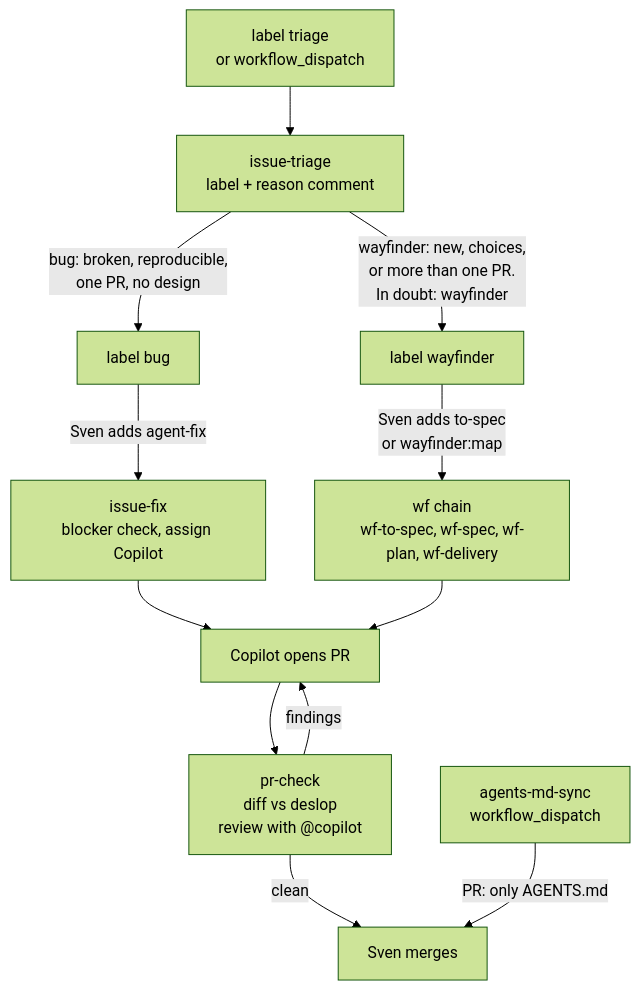
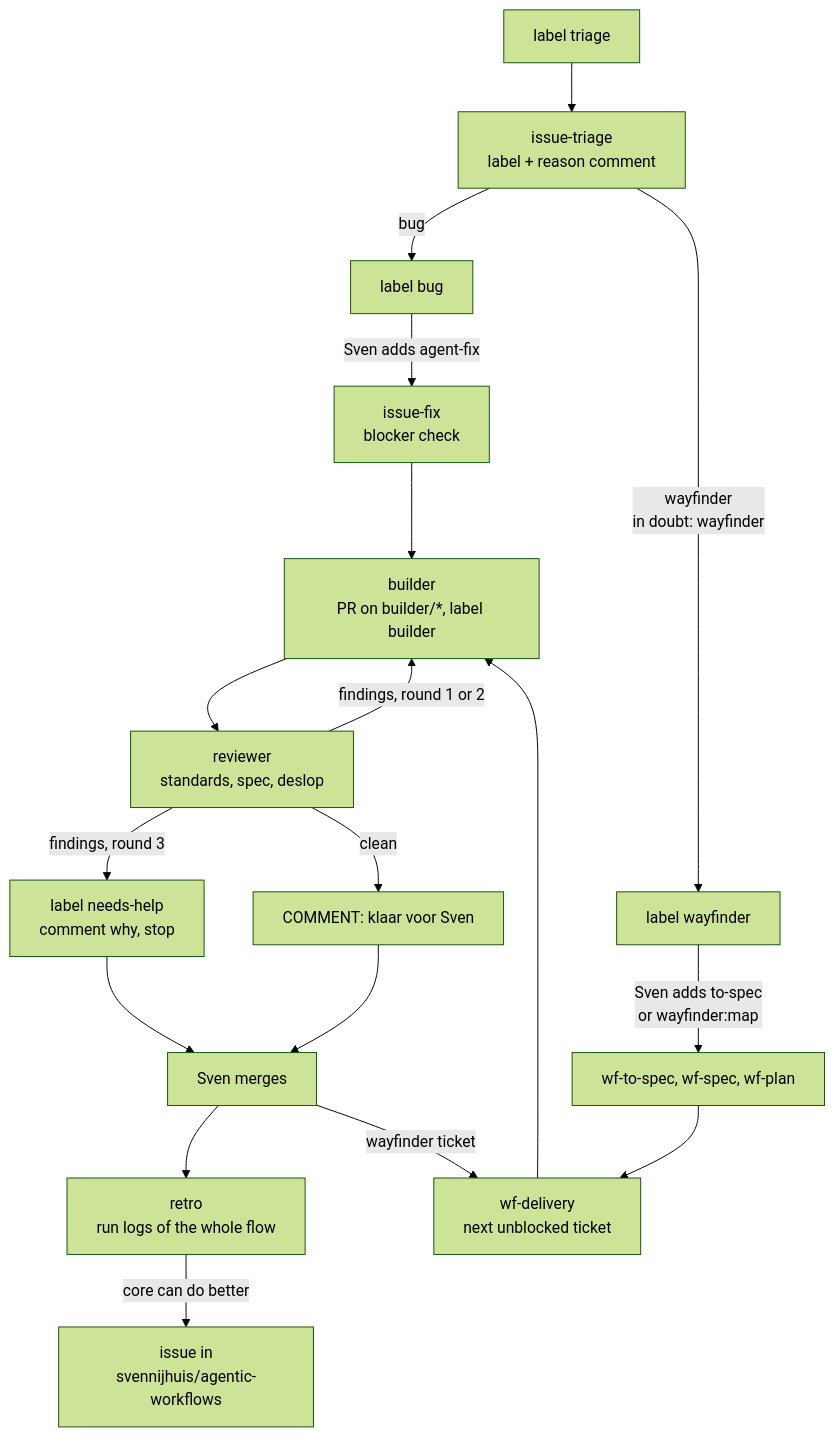
The first of 5 diagrams in workflows/README.md (svennijhuis/agentic-workflows), drawn with Mermaid (forest theme) before and after one commit. The commit also changed other lines of this file and 455 other files, not shown here.

First line of the commit message:
Own builder and reviewer replace Copilot cloud agent; retro after merge

````diff
--- a/workflows/README.md
+++ b/workflows/README.md
@@ -33,14 +31,20 @@
 ```mermaid
 flowchart TD
-  T[label triage<br/>or workflow_dispatch] --> TR[issue-triage<br/>label + reason comment]
-  TR -->|bug: broken, reproducible,<br/>one PR, no design| B[label bug]
-  TR -->|wayfinder: new, choices,<br/>or more than one PR.<br/>In doubt: wayfinder| W[label wayfinder]
-  B -->|Sven adds agent-fix| IF[issue-fix<br/>blocker check, assign Copilot]
-  W -->|Sven adds to-spec<br/>or wayfinder:map| CH[wf chain<br/>wf-to-spec, wf-spec, wf-plan, wf-delivery]
-  IF --> CP[Copilot opens PR]
-  CH --> CP
-  CP --> PC[pr-check<br/>diff vs deslop<br/>review with @copilot]
-  PC -->|findings| CP
-  PC -->|clean| M[Sven merges]
-  AS[agents-md-sync<br/>workflow_dispatch] -->|PR: only AGENTS.md| M
+  T[label triage] --> TR[issue-triage<br/>label + reason comment]
+  TR -->|bug| B[label bug]
+  TR -->|wayfinder<br/>in doubt: wayfinder| W[label wayfinder]
+  B -->|Sven adds agent-fix| IF[issue-fix<br/>blocker check]
+  W -->|Sven adds to-spec<br/>or wayfinder:map| CH[wf-to-spec, wf-spec, wf-plan]
+  CH --> DL[wf-delivery<br/>next unblocked ticket]
+  IF --> BU[builder<br/>PR on builder/*, label builder]
+  DL --> BU
+  BU --> RV[reviewer<br/>standards, spec, deslop]
+  RV -->|findings, round 1 or 2| BU
+  RV -->|findings, round 3| NH[label needs-help<br/>comment why, stop]
+  RV -->|clean| OK[COMMENT: klaar voor Sven]
+  OK --> M[Sven merges]
+  NH --> M
+  M --> RE[retro<br/>run logs of the whole flow]
+  RE -->|core can do better| CI[issue in<br/>svennijhuis/agentic-workflows]
+  M -->|wayfinder ticket| DL
 ```
````
